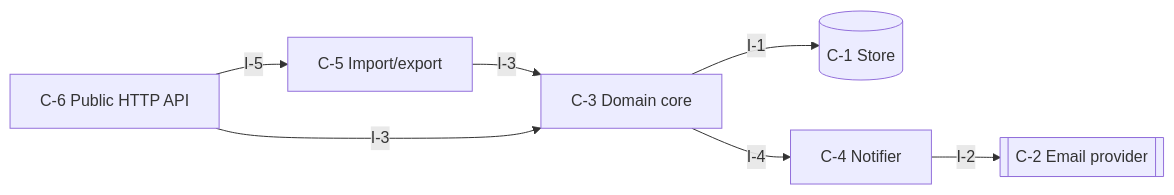
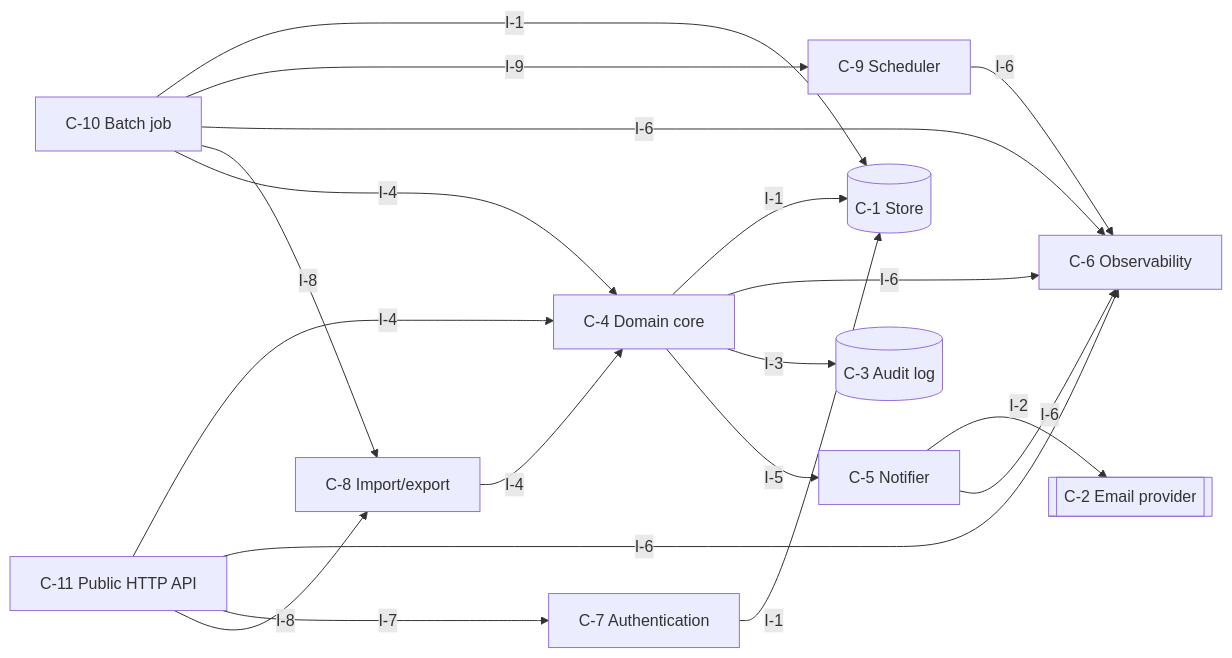
The first of 3 diagrams in examples/minimal/DESIGN.md (yui9696/sekkei), drawn with Mermaid before and after one commit. The commit also changed other lines of this file and 27 other files, not shown here.

````diff
--- a/examples/minimal/DESIGN.md
+++ b/examples/minimal/DESIGN.md
@@ -21,15 +40,32 @@
 ```mermaid
 graph LR
   C_1[("C-1 Store")]
   C_2[["C-2 Email provider"]]
-  C_3["C-3 Domain core"]
-  C_4["C-4 Notifier"]
-  C_5["C-5 Import/export"]
-  C_6["C-6 Public HTTP API"]
-  C_3 -->|I-1| C_1
-  C_3 -->|I-4| C_4
-  C_4 -->|I-2| C_2
-  C_5 -->|I-3| C_3
-  C_6 -->|I-3| C_3
-  C_6 -->|I-5| C_5
+  C_3[("C-3 Audit log")]
+  C_4["C-4 Domain core"]
+  C_5["C-5 Notifier"]
+  C_6["C-6 Observability"]
+  C_7["C-7 Authentication"]
+  C_8["C-8 Import/export"]
+  C_9["C-9 Scheduler"]
+  C_10["C-10 Batch job"]
+  C_11["C-11 Public HTTP API"]
+  C_4 -->|I-1| C_1
+  C_4 -->|I-6| C_6
+  C_4 -->|I-3| C_3
+  C_4 -->|I-5| C_5
+  C_5 -->|I-2| C_2
+  C_5 -->|I-6| C_6
+  C_7 -->|I-1| C_1
+  C_8 -->|I-4| C_4
+  C_9 -->|I-6| C_6
+  C_10 -->|I-1| C_1
+  C_10 -->|I-9| C_9
+  C_10 -->|I-6| C_6
+  C_10 -->|I-8| C_8
+  C_10 -->|I-4| C_4
+  C_11 -->|I-4| C_4
+  C_11 -->|I-6| C_6
+  C_11 -->|I-7| C_7
+  C_11 -->|I-8| C_8
 ```
````
